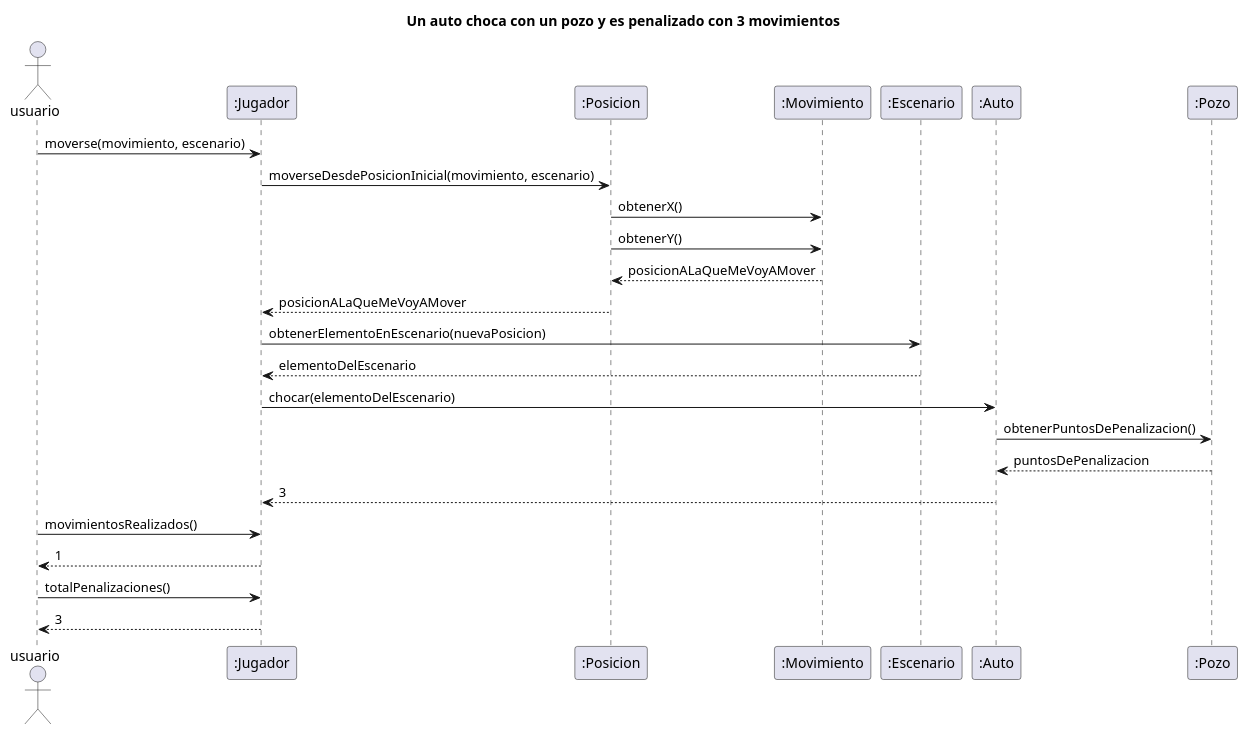
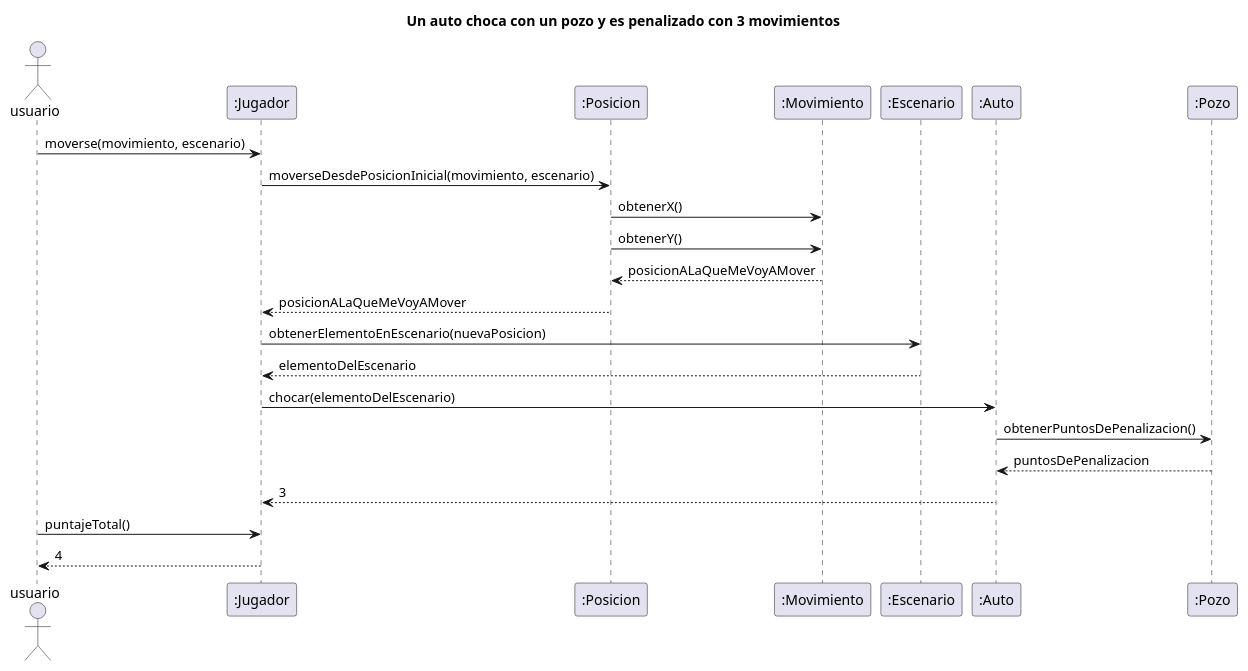
One commit to NestorPala/T17-GPSChallenge changed the diagram in diagrams/sequences/auto_choca_pozo.puml. Above: the diagram before and after it, drawn with PlantUML. The commit also changed 13 other files, not shown here.

Commit message:
Actualizo diagramas de clase y de secuencia

```diff
--- a/diagrams/sequences/auto_choca_pozo.puml
+++ b/diagrams/sequences/auto_choca_pozo.puml
@@ -1,22 +1,20 @@
 @startuml
 title Un auto choca con un pozo y es penalizado con 3 movimientos
 Actor usuario
 
 "usuario" -> ":Jugador": moverse(movimiento, escenario)
 ":Jugador" -> ":Posicion": moverseDesdePosicionInicial(movimiento, escenario)
 ":Posicion" -> ":Movimiento": obtenerX()
 ":Posicion" -> ":Movimiento": obtenerY()
 return posicionALaQueMeVoyAMover
 ":Posicion" --> ":Jugador": posicionALaQueMeVoyAMover
 ":Jugador" -> ":Escenario": obtenerElementoEnEscenario(nuevaPosicion)
 ":Escenario" --> ":Jugador": elementoDelEscenario
 ":Jugador" -> ":Auto": chocar(elementoDelEscenario)
 ":Auto" -> ":Pozo": obtenerPuntosDePenalizacion()
 return puntosDePenalizacion
 ":Auto" --> ":Jugador": 3
-"usuario" -> ":Jugador": movimientosRealizados()
-return 1
-"usuario" -> ":Jugador": totalPenalizaciones()
-return 3
+"usuario" -> ":Jugador": puntajeTotal()
+return 4
 
 @enduml
```
